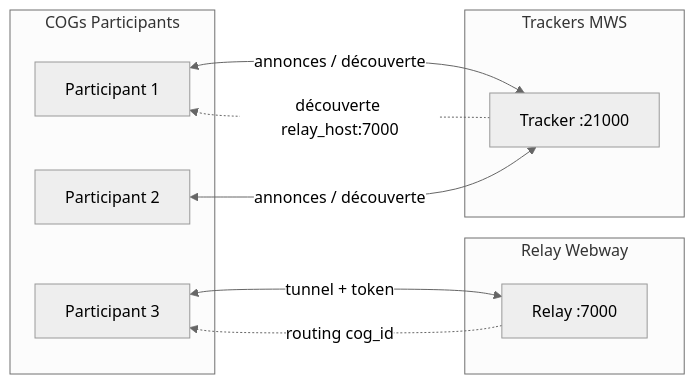
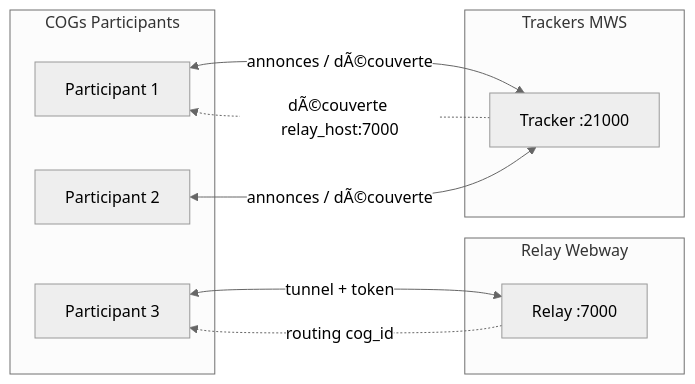
One commit to StudioMiyukini/miyukini_cog changed the second of 3 diagrams in docs/miyukini-webway-system/reference/Miyukini Conceptual References - Miyukini Webway System Complet.md. Above: the diagram before and after it, drawn with Mermaid (neutral theme). The commit also changed other lines of this file and 1287 other files, not shown here.

````diff
--- a/docs/miyukini-webway-system/reference/Miyukini Conceptual References - Miyukini Webway System Complet.md
+++ b/docs/miyukini-webway-system/reference/Miyukini Conceptual References - Miyukini Webway System Complet.md
@@ -188,22 +188,22 @@
 ```mermaid
 flowchart LR
     subgraph COGs["COGs Participants"]
         P1[Participant 1]
         P2[Participant 2]
         P3[Participant 3]
     end
 
     subgraph Relay["Relay Webway"]
         R[Relay :7000]
     end
 
     subgraph Trackers["Trackers MWS"]
         T1[Tracker :21000]
     end
 
-    P1 <-->|annonces / découverte| T1
-    P2 <-->|annonces / découverte| T1
+    P1 <-->|annonces / dÃ©couverte| T1
+    P2 <-->|annonces / dÃ©couverte| T1
     P3 <-->|tunnel + token| R
     R -.->|routing cog_id| P3
-    T1 -.->|découverte relay_host:7000| P1
+    T1 -.->|dÃ©couverte relay_host:7000| P1
 ```
````
